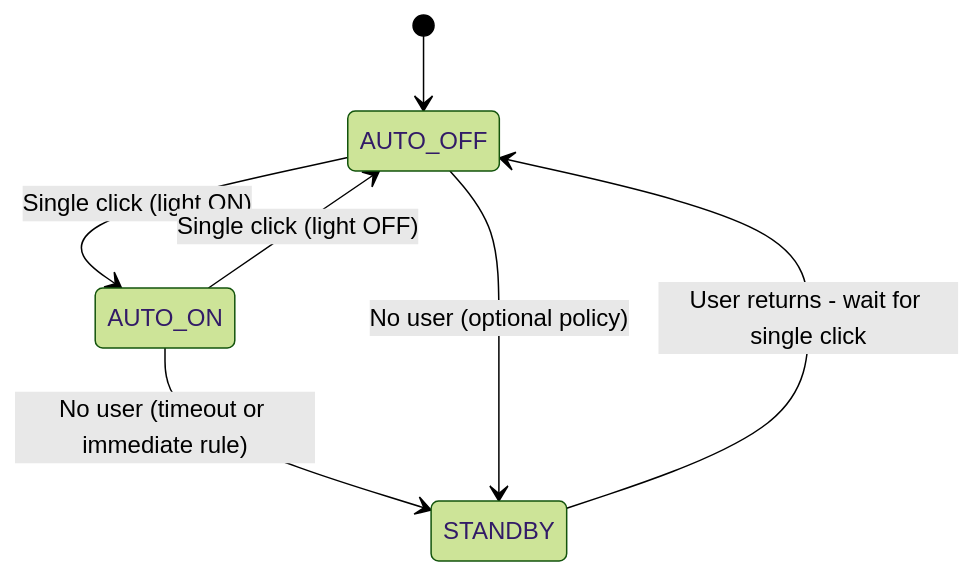
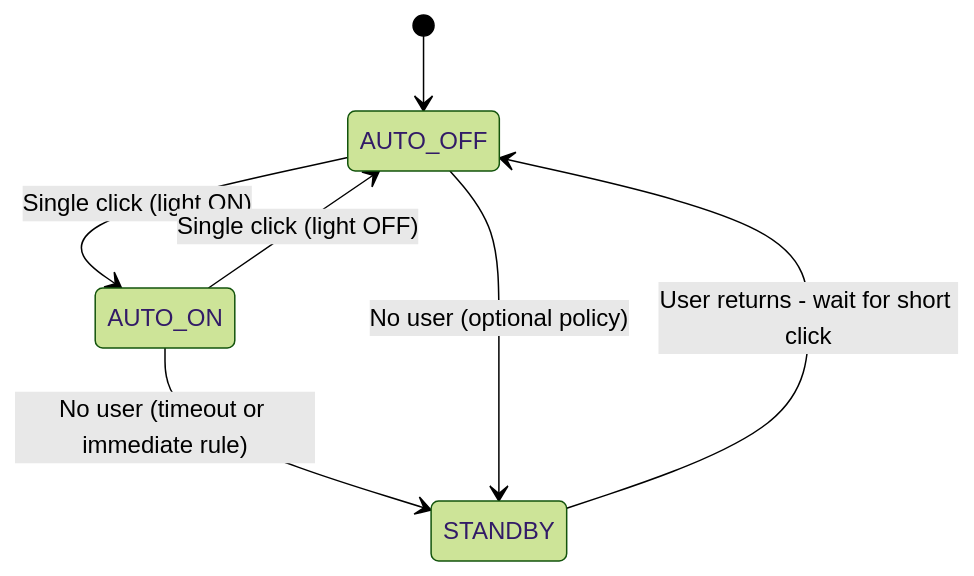
One commit to RJTPP/S-ADAPT-IoT changed the second of 2 diagrams in docs/architecture/business-logic.md. Above: the diagram before and after it, drawn with Mermaid (forest theme). The commit also changed other lines of this file and 5 other files, not shown here.

````diff
--- a/docs/architecture/business-logic.md
+++ b/docs/architecture/business-logic.md
@@ -169,9 +169,9 @@
 ```mermaid
 stateDiagram-v2
     [*] --> AUTO_OFF
     AUTO_OFF --> AUTO_ON: Single click (light ON)
     AUTO_ON --> AUTO_OFF: Single click (light OFF)
     AUTO_ON --> STANDBY: No user (timeout or immediate rule)
     AUTO_OFF --> STANDBY: No user (optional policy)
-    STANDBY --> AUTO_OFF: User returns - wait for single click
+    STANDBY --> AUTO_OFF: User returns - wait for short click
 ```
````
